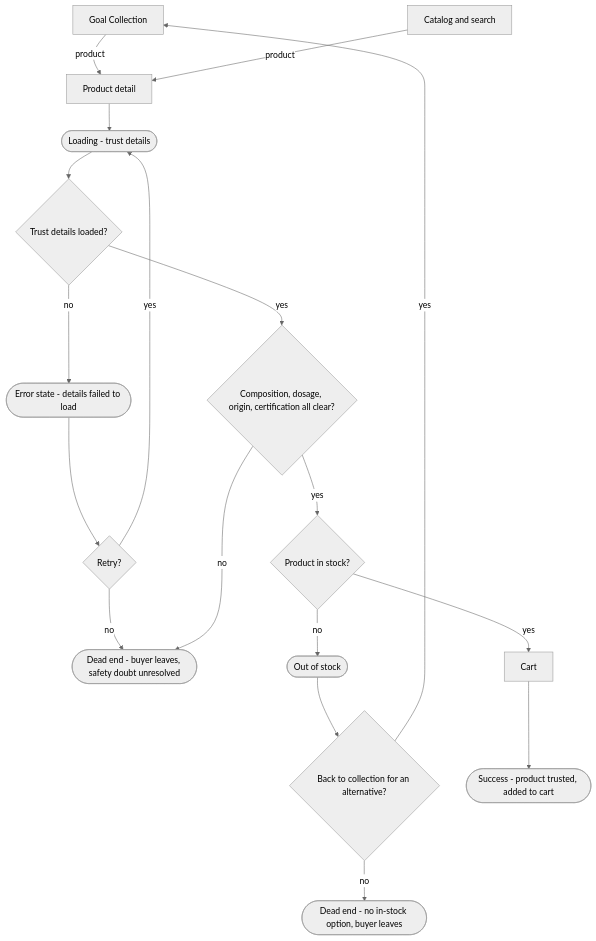
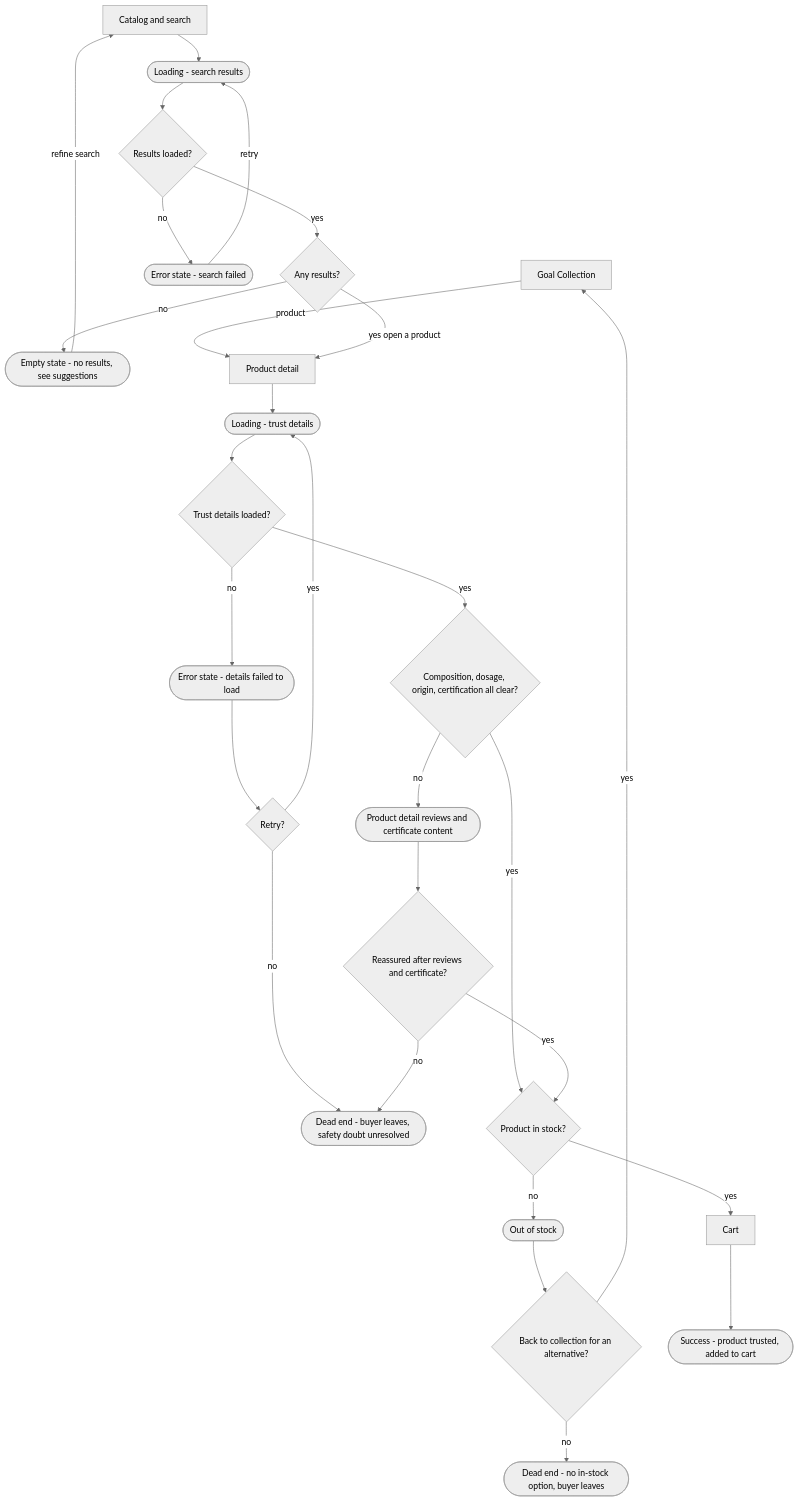
Before and after one commit to sergiodesign4u-dot/stack: the third of 4 diagrams in research/flows.md, drawn with Mermaid (neutral theme). The commit also changed other lines of this file, not shown here.

First line of the commit message:
IA fix: rewire all four flows (DE-1..10, MS-1..6, XD-1, OR-1..3)

````diff
--- a/research/flows.md
+++ b/research/flows.md
@@ -175,36 +266,53 @@
 ```mermaid
 flowchart TD
     j1["Goal Collection"]
     j2["Catalog and search"]
+    csl(["Loading - search results"])
+    qcsl{"Results loaded?"}
+    cserr(["Error state - search failed"])
+    qcs{"Any results?"}
+    cse(["Empty state - no results, see suggestions"])
     j3["Product detail"]
     sl(["Loading - trust details"])
     qd{"Trust details loaded?"}
     se(["Error state - details failed to load"])
     qr{"Retry?"}
     q1{"Composition, dosage, origin, certification all clear?"}
+    rev(["Product detail reviews and certificate content"])
+    qrev{"Reassured after reviews and certificate?"}
     leave(["Dead end - buyer leaves, safety doubt unresolved"])
     q2{"Product in stock?"}
     so(["Out of stock"])
     qsub{"Back to collection for an alternative?"}
     leave2(["Dead end - no in-stock option, buyer leaves"])
     j4["Cart"]
     ok(["Success - product trusted, added to cart"])
 
     j1 -->|product| j3
-    j2 -->|product| j3
+    j2 --> csl
+    csl --> qcsl
+    qcsl -->|no| cserr
+    cserr -->|retry| csl
+    qcsl -->|yes| qcs
+    qcs -->|no| cse
+    cse -->|refine search| j2
+    qcs -->|yes open a product| j3
     j3 --> sl
     sl --> qd
     qd -->|no| se
     se --> qr
     qr -->|yes| sl
     qr -->|no| leave
     qd -->|yes| q1
-    q1 -->|no| leave
     q1 -->|yes| q2
+    q1 -->|no| rev
+    rev --> qrev
+    qrev -->|yes| q2
+    qrev -->|no| leave
     q2 -->|no| so
     so --> qsub
     qsub -->|yes| j1
     qsub -->|no| leave2
     q2 -->|yes| j4
     j4 --> ok
 ```
````
